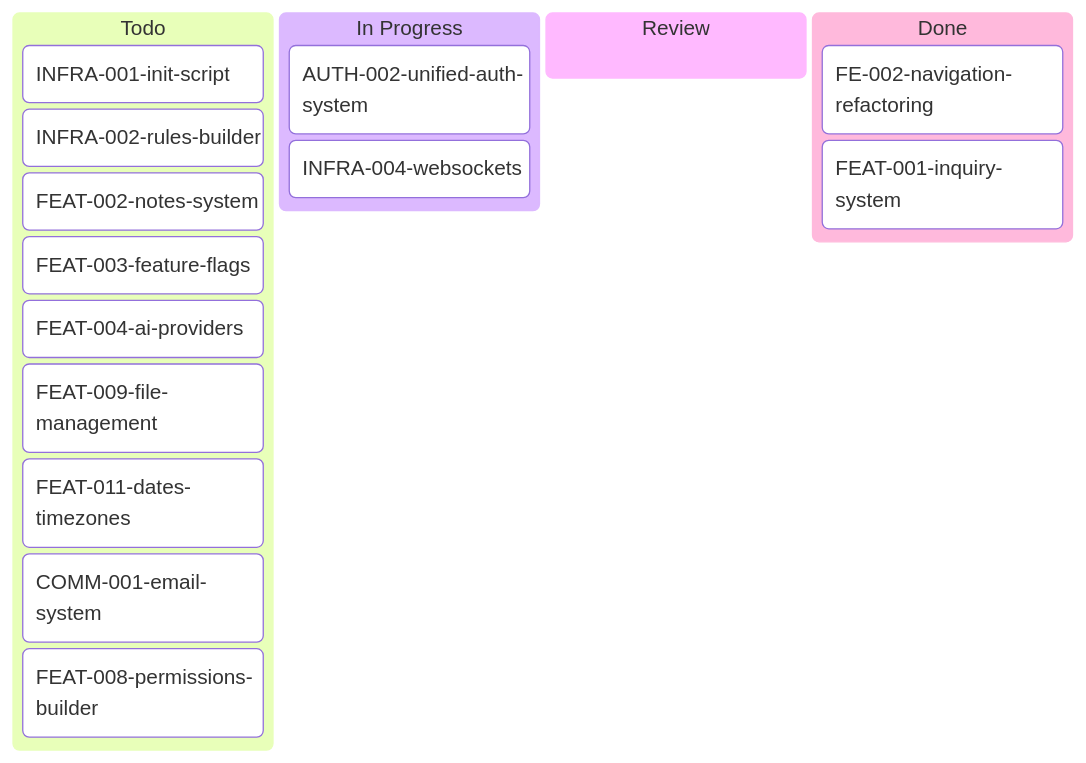
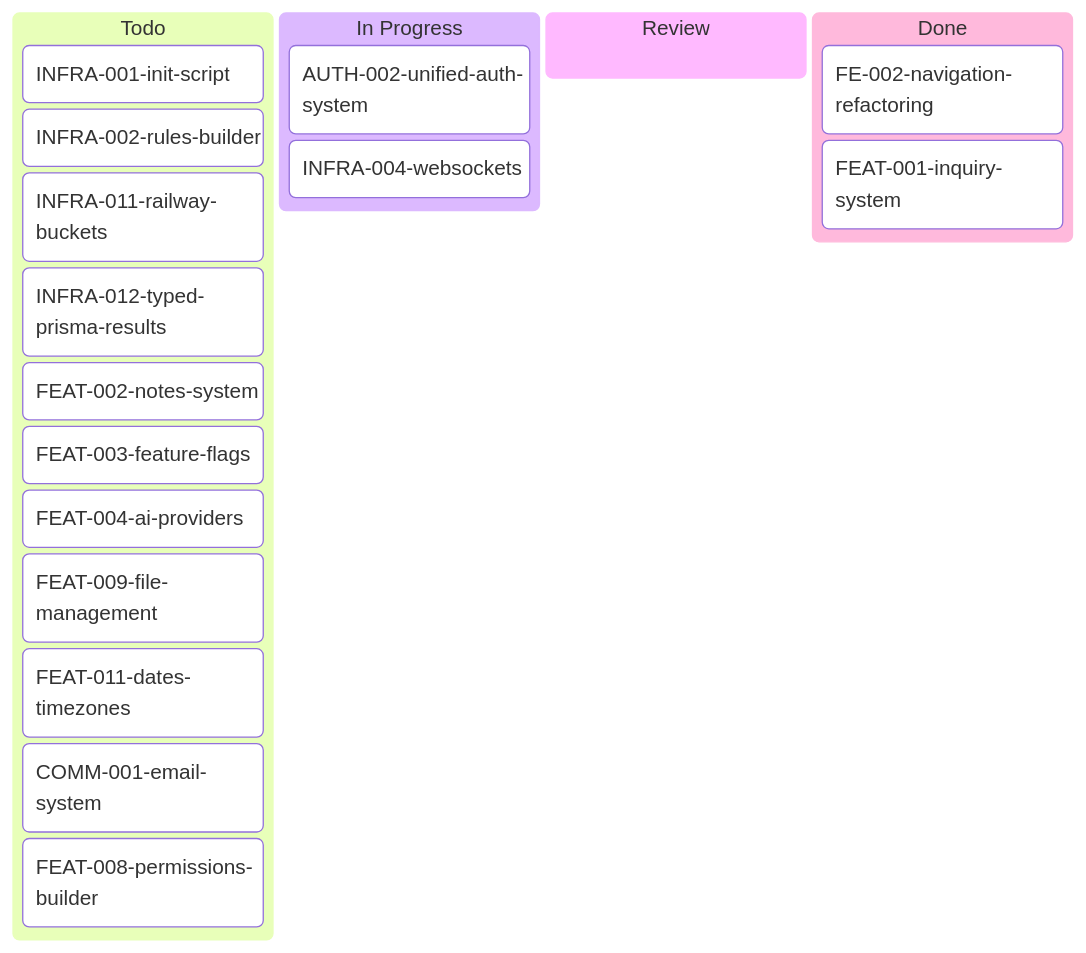
The diagram in tickets/kanban-aron.md (inixiative/template), drawn with Mermaid before and after one commit. The commit also changed other lines of this file and 5 other files, not shown here.

First line of the commit message:
docs: adapter pattern guide + INFRA-011 (railway buckets) + INFRA-012 (typed prisma)

````diff
--- a/tickets/kanban-aron.md
+++ b/tickets/kanban-aron.md
@@ -3,25 +3,27 @@
 ```mermaid
 ---
 config:
   kanban:
     ticketBaseUrl: 'https://github.com/yourorg/template/blob/main/tickets/#TICKET#'
 ---
 kanban
   Todo
     INFRA-001-init-script
     INFRA-002-rules-builder
+    INFRA-011-railway-buckets
+    INFRA-012-typed-prisma-results
     FEAT-002-notes-system
     FEAT-003-feature-flags
     FEAT-004-ai-providers
     FEAT-009-file-management
     FEAT-011-dates-timezones
     COMM-001-email-system
     FEAT-008-permissions-builder
   In Progress
     AUTH-002-unified-auth-system
     INFRA-004-websockets
   Review
   Done
     FE-002-navigation-refactoring
     FEAT-001-inquiry-system
 ```
````
